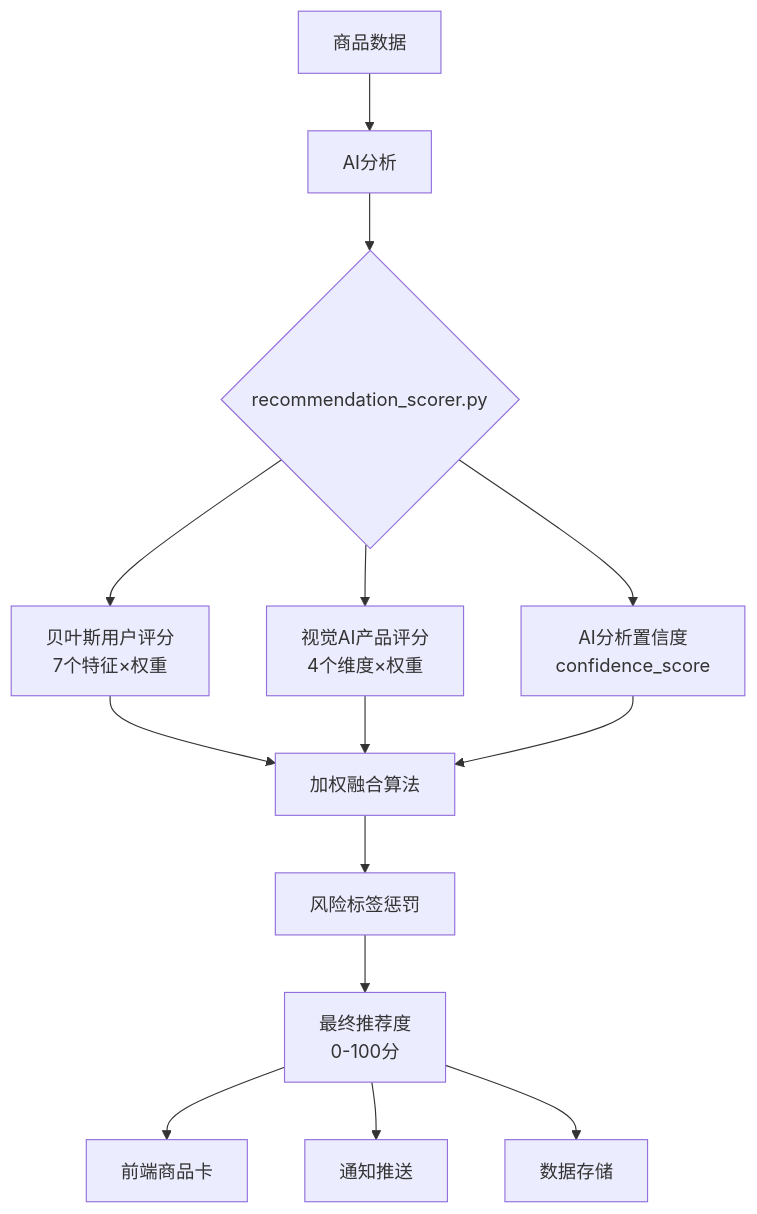
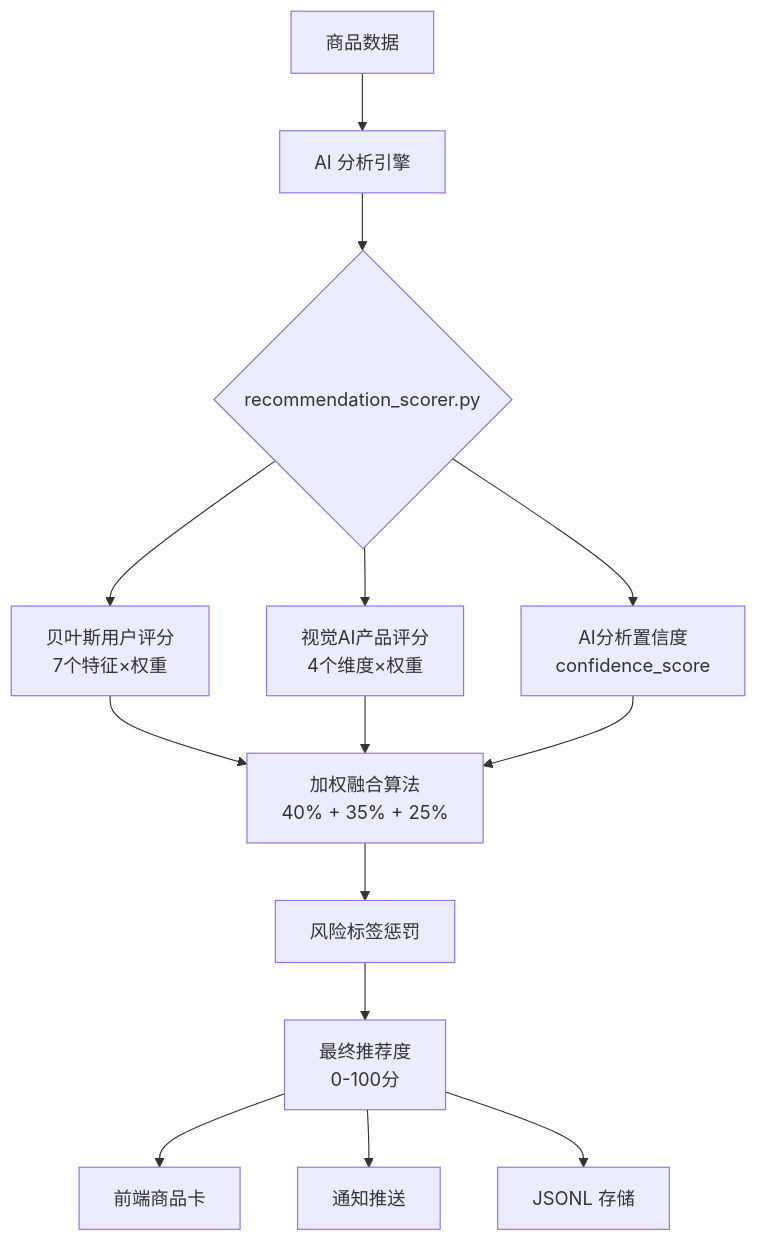
One commit to banbanzhige/ai-goofish-monitor-QB changed the third of 3 diagrams in README.md. Above: the diagram before and after it, drawn with Mermaid. The commit also changed other lines of this file, not shown here.

````diff
--- a/README.md
+++ b/README.md
@@ -393,20 +219,20 @@
 ```mermaid
 graph TD
-    A[商品数据] --> B[AI分析]
+    A[商品数据] --> B[AI 分析引擎]
     B --> C{recommendation_scorer.py}
     
     C --> D1[贝叶斯用户评分<br/>7个特征×权重]
     C --> D2[视觉AI产品评分<br/>4个维度×权重]
     C --> D3[AI分析置信度<br/>confidence_score]
     
-    D1 --> E[加权融合算法]
+    D1 --> E[加权融合算法<br/>40% + 35% + 25%]
     D2 --> E
     D3 --> E
     
     E --> F[风险标签惩罚]
     F --> G[最终推荐度<br/>0-100分]
     
     G --> H1[前端商品卡]
     G --> H2[通知推送]
-    G --> H3[数据存储]
+    G --> H3[JSONL 存储]
 ```
````
